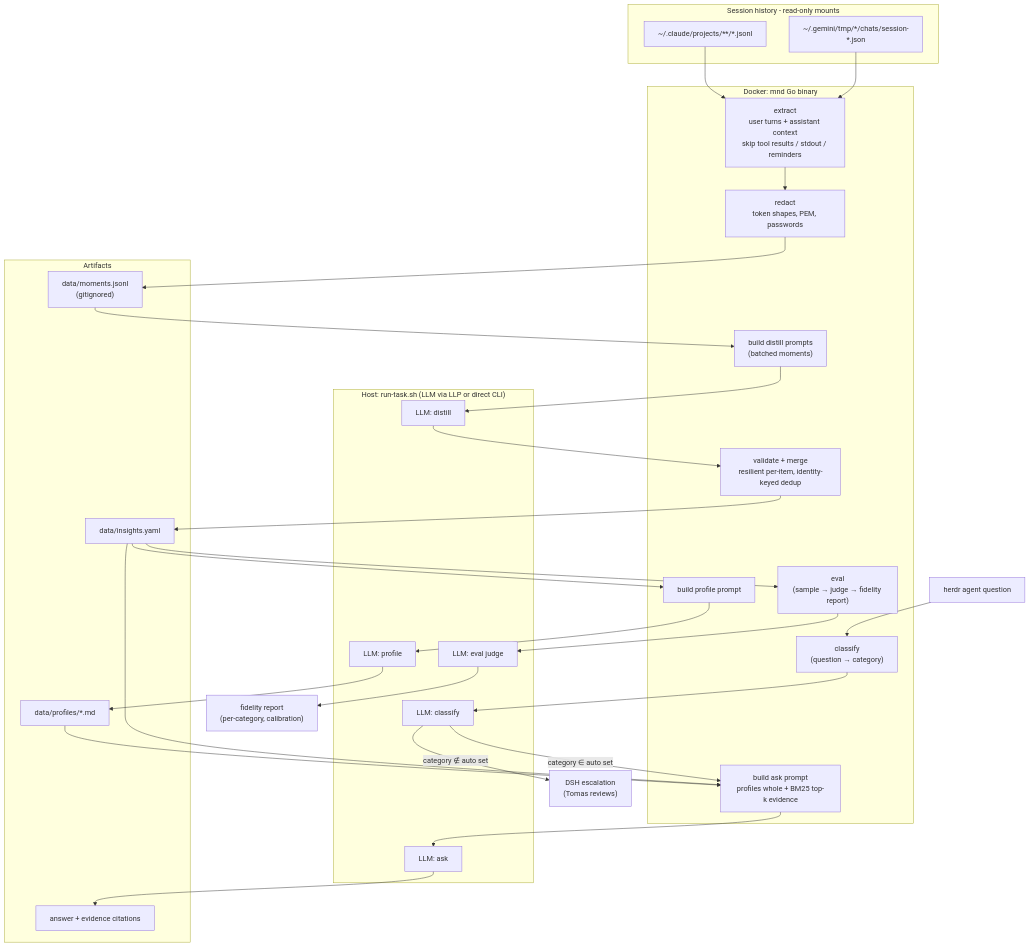
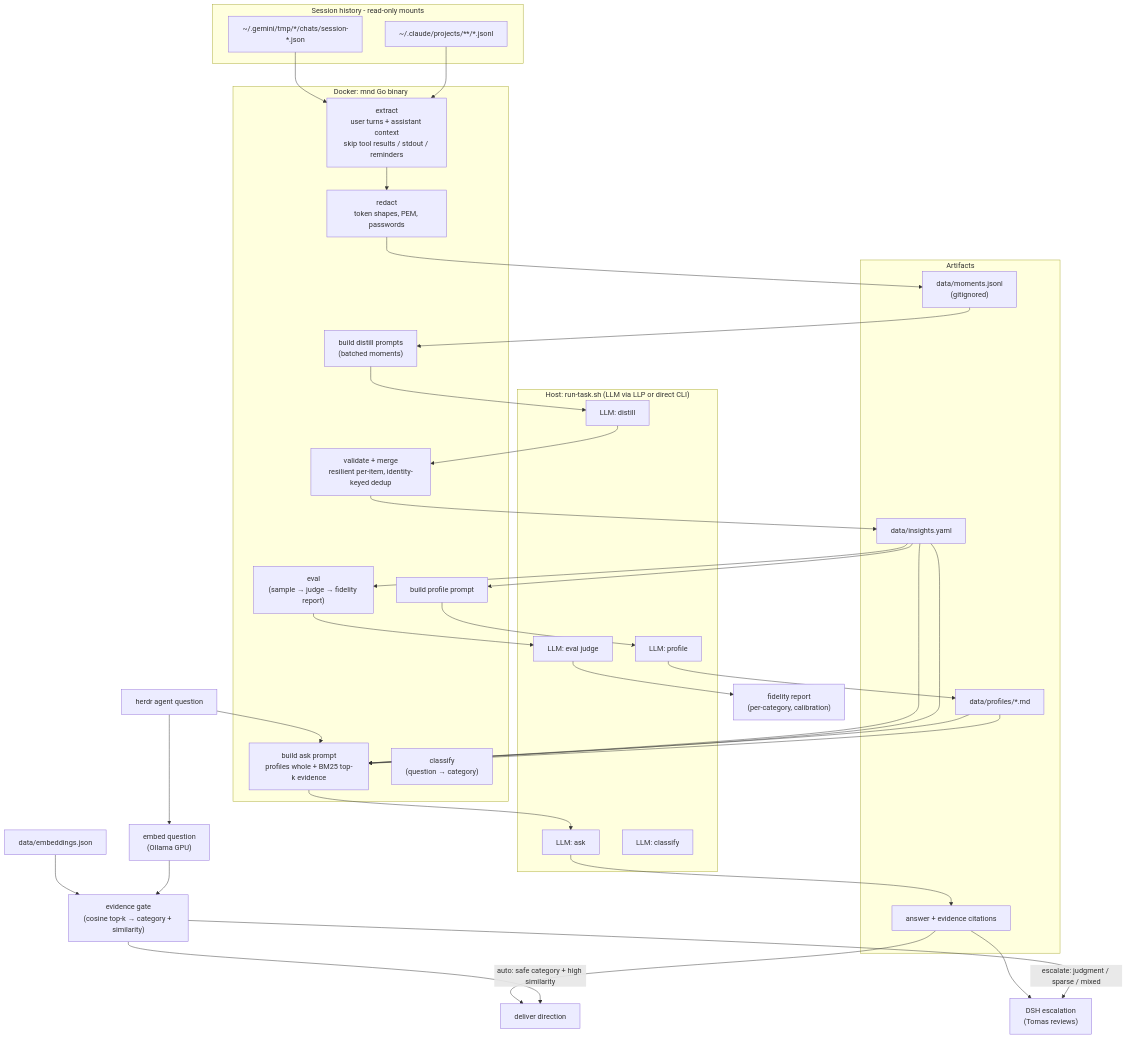
One commit to topolik/tomas-mead-hall changed the first of 2 diagrams in project-management/MND-mind-model/diagrams/architecture.md. Above: the diagram before and after it, drawn with Mermaid. The commit also changed other lines of this file and 6 other files, not shown here.

First line of the commit message:
[MND] evidence gate replaces LLM classifier, tech_preference added to auto-set

````diff
--- a/project-management/MND-mind-model/diagrams/architecture.md
+++ b/project-management/MND-mind-model/diagrams/architecture.md
@@ -5,45 +5,52 @@
 ```mermaid
 graph TD
     subgraph sources [Session history - read-only mounts]
         C["~/.claude/projects/**/*.jsonl"]
         G["~/.gemini/tmp/*/chats/session-*.json"]
     end
 
     subgraph container [Docker: mnd Go binary]
         E["extract<br/>user turns + assistant context<br/>skip tool results / stdout / reminders"]
         R["redact<br/>token shapes, PEM, passwords"]
         BP["build distill prompts<br/>(batched moments)"]
         V["validate + merge<br/>resilient per-item, identity-keyed dedup"]
         PP["build profile prompt"]
         AP["build ask prompt<br/>profiles whole + BM25 top-k evidence"]
         CL["classify<br/>(question → category)"]
         EV["eval<br/>(sample → judge → fidelity report)"]
     end
 
     subgraph host ["Host: run-task.sh (LLM via LLP or direct CLI)"]
         L1["LLM: distill"]
         L2["LLM: profile"]
         L3["LLM: ask"]
         L4["LLM: classify"]
         L5["LLM: eval judge"]
     end
 
     subgraph artifacts [Artifacts]
         M["data/moments.jsonl<br/>(gitignored)"]
         I["data/insights.yaml"]
         P["data/profiles/*.md"]
         A["answer + evidence citations"]
     end
 
     C --> E
     G --> E
     E --> R --> M
     M --> BP --> L1 --> V --> I
     I --> PP --> L2 --> P
     P --> AP
     I --> AP
-    Q["herdr agent question"] --> CL --> L4
-    L4 -->|"category ∈ auto set"| AP --> L3 --> A
-    L4 -->|"category ∉ auto set"| DSH["DSH escalation<br/>(Tomas reviews)"]
+    Q["herdr agent question"] --> AP --> L3 --> A
+    P --> AP
+    I --> AP
+    Q --> EMB["embed question<br/>(Ollama GPU)"]
+    EMB --> GATE["evidence gate<br/>(cosine top-k → category + similarity)"]
+    EMBS["data/embeddings.json"] --> GATE
+    GATE -->|"auto: safe category + high similarity"| DELIVER["deliver direction"]
+    GATE -->|"escalate: judgment / sparse / mixed"| DSH["DSH escalation<br/>(Tomas reviews)"]
+    A --> DELIVER
+    A --> DSH
     I --> EV --> L5 --> REP["fidelity report<br/>(per-category, calibration)"]
 ```
````
